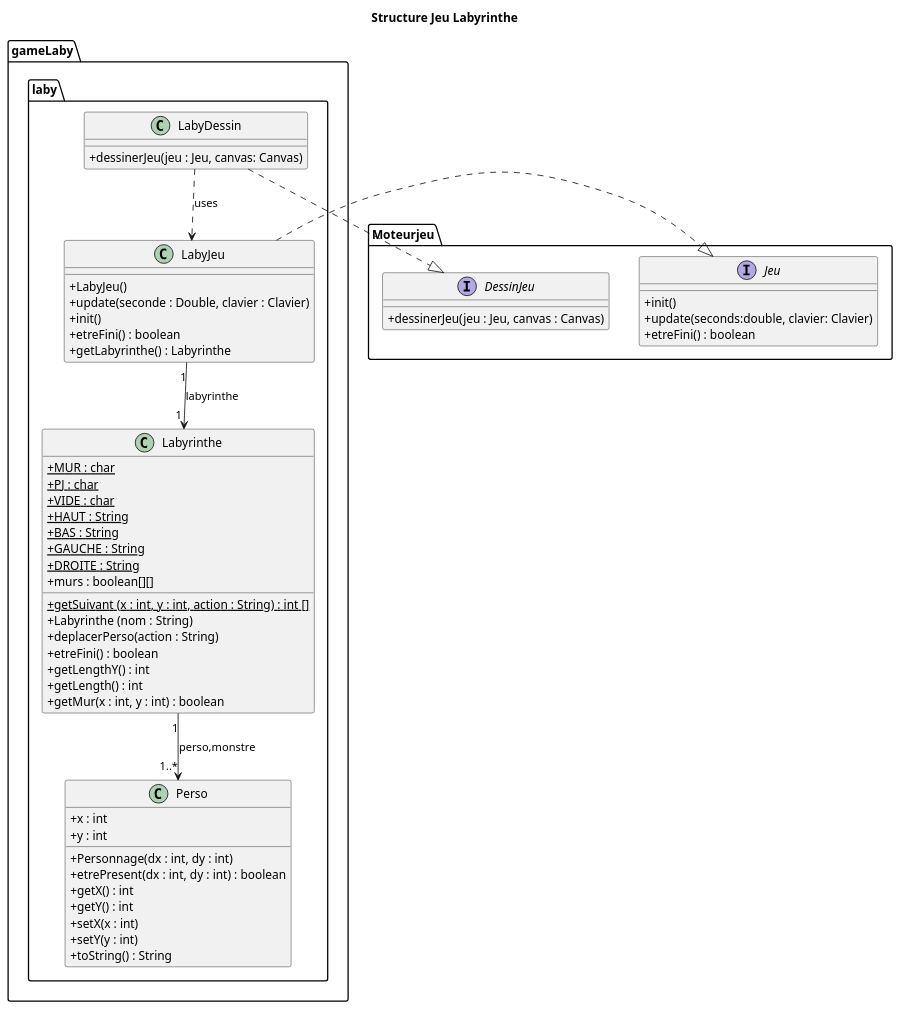
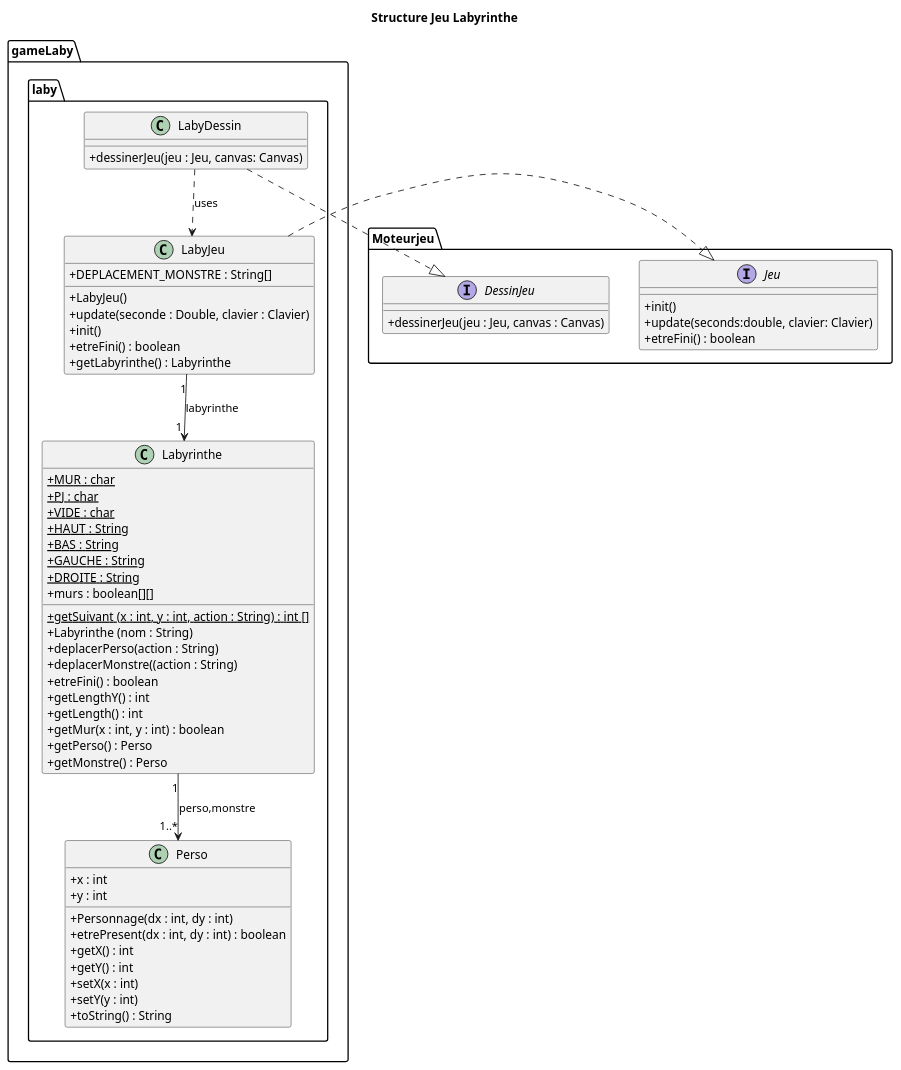
Before and after one commit to TanguyFox/2022_Zeldiablo_renard136u_seiler33u_serrier26u_arcelin1u: the diagram in documents/version_2/diagrammeClasseMonstre.puml, drawn with PlantUML. The commit also changed 2 other files, not shown here.

```diff
--- a/documents/version_2/diagrammeClasseMonstre.puml
+++ b/documents/version_2/diagrammeClasseMonstre.puml
@@ -1,72 +1,76 @@
 @startuml
 'https://plantuml.com/class-diagram
 
 title Structure Jeu Labyrinthe
 
 
 package gameLaby.laby{
 skinparam classAttributeIconSize 0
 class Labyrinthe{
 + {static} MUR : char
 + {static} PJ : char
 + {static} VIDE : char
 + {static} HAUT : String
 + {static} BAS : String
 + {static} GAUCHE : String
 + {static} DROITE : String
 + murs : boolean[][]
 + {static} getSuivant (x : int, y : int, action : String) : int []
 + Labyrinthe (nom : String)
 + deplacerPerso(action : String)
++ deplacerMonstre((action : String)
 + etreFini() : boolean
 + getLengthY() : int
 + getLength() : int
 + getMur(x : int, y : int) : boolean
++ getPerso() : Perso
++ getMonstre() : Perso
 }
 
 class LabyJeu{
++DEPLACEMENT_MONSTRE : String[]
 +LabyJeu()
 +update(seconde : Double, clavier : Clavier)
 +init()
 +etreFini() : boolean
 +getLabyrinthe() : Labyrinthe
 }
 class LabyDessin{
 +dessinerJeu(jeu : Jeu, canvas: Canvas)
 }
 
 class Perso{
 + x : int
 + y : int
 + Personnage(dx : int, dy : int)
 +etrePresent(dx : int, dy : int) : boolean
 + getX() : int
 + getY() : int
 + setX(x : int)
 + setY(y : int)
 + toString() : String
 }
 
 }
 
 package Moteurjeu{
 interface Jeu{
 + init()
 +update(seconds:double, clavier: Clavier)
 +etreFini() : boolean
 }
 
 interface DessinJeu{
 + dessinerJeu(jeu : Jeu, canvas : Canvas)
 }
 }
 
 
 LabyJeu .|> Jeu
 LabyDessin ..|> DessinJeu
 LabyJeu "1" --> "1 " Labyrinthe : labyrinthe
 Labyrinthe "1" --> "1..*" Perso : perso,monstre
 LabyDessin ..> LabyJeu : uses
 
 
 @enduml
```
